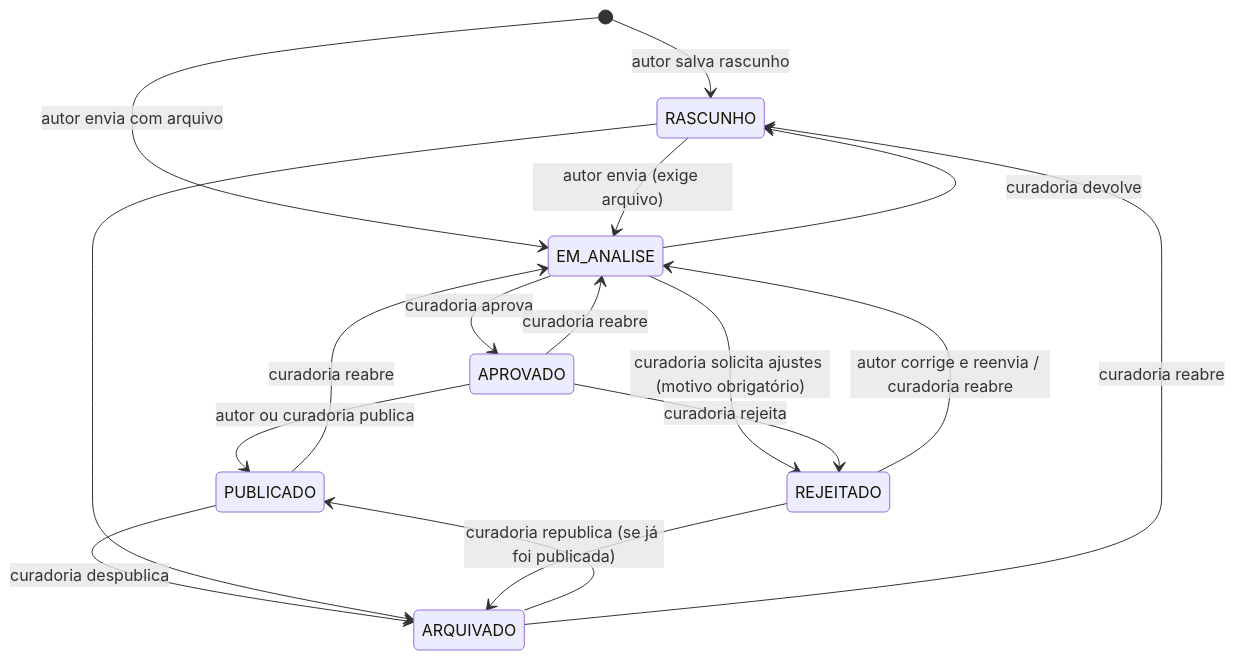
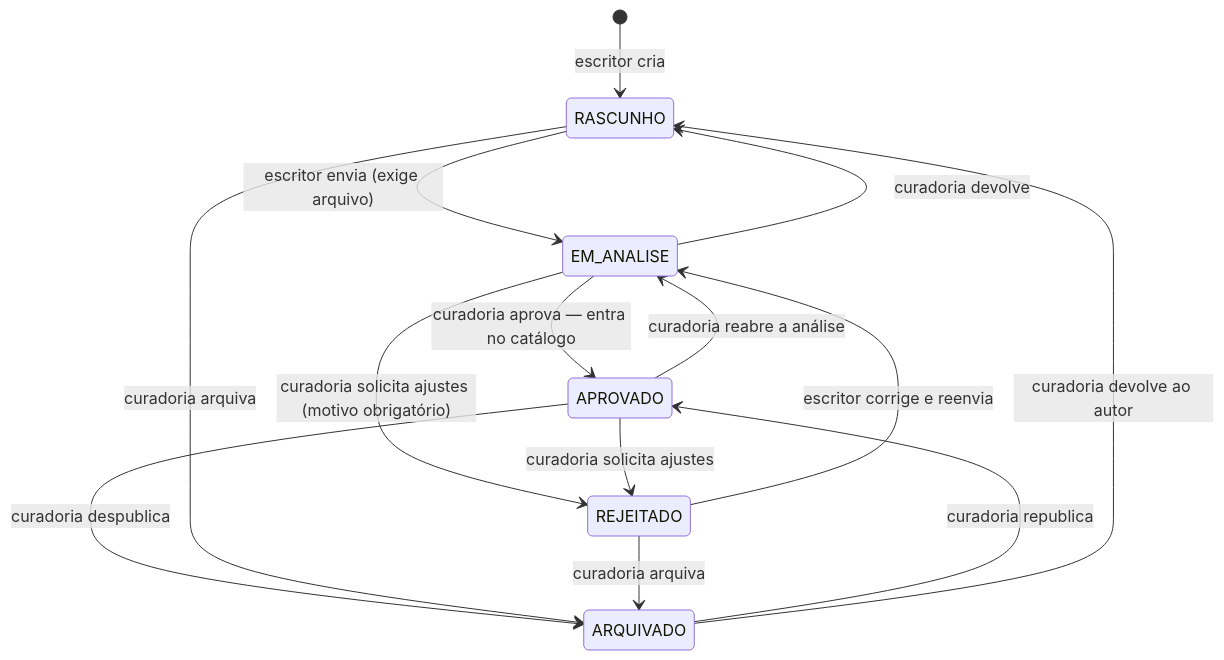
Before and after one commit to xandoqa/-editora-acessivel: the diagram in docs/business-rules.md, drawn with Mermaid. The commit also changed other lines of this file and 150 other files, not shown here.

````diff
--- a/docs/business-rules.md
+++ b/docs/business-rules.md
@@ -7,19 +28,16 @@
 ```mermaid
 stateDiagram-v2
-  [*] --> RASCUNHO: autor salva rascunho
-  [*] --> EM_ANALISE: autor envia com arquivo
-  RASCUNHO --> EM_ANALISE: autor envia (exige arquivo)
-  EM_ANALISE --> APROVADO: curadoria aprova
+  [*] --> RASCUNHO: escritor cria
+  RASCUNHO --> EM_ANALISE: escritor envia (exige arquivo)
+  EM_ANALISE --> APROVADO: curadoria aprova — entra no catálogo
   EM_ANALISE --> REJEITADO: curadoria solicita ajustes (motivo obrigatório)
   EM_ANALISE --> RASCUNHO: curadoria devolve
-  APROVADO --> PUBLICADO: autor ou curadoria publica
-  APROVADO --> EM_ANALISE: curadoria reabre
-  APROVADO --> REJEITADO: curadoria rejeita
-  REJEITADO --> EM_ANALISE: autor corrige e reenvia / curadoria reabre
-  PUBLICADO --> ARQUIVADO: curadoria despublica
-  PUBLICADO --> EM_ANALISE: curadoria reabre
-  ARQUIVADO --> PUBLICADO: curadoria republica (se já foi publicada)
-  ARQUIVADO --> RASCUNHO: curadoria reabre
-  RASCUNHO --> ARQUIVADO
-  REJEITADO --> ARQUIVADO
+  REJEITADO --> EM_ANALISE: escritor corrige e reenvia
+  APROVADO --> ARQUIVADO: curadoria despublica
+  APROVADO --> EM_ANALISE: curadoria reabre a análise
+  APROVADO --> REJEITADO: curadoria solicita ajustes
+  ARQUIVADO --> APROVADO: curadoria republica
+  ARQUIVADO --> RASCUNHO: curadoria devolve ao autor
+  RASCUNHO --> ARQUIVADO: curadoria arquiva
+  REJEITADO --> ARQUIVADO: curadoria arquiva
 ```
````
